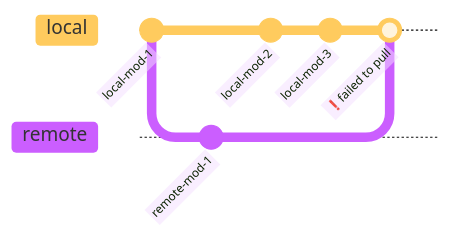
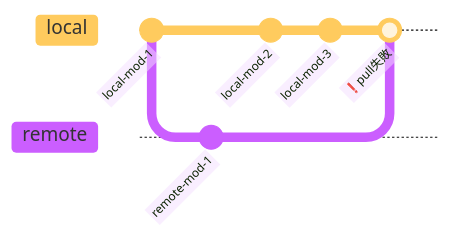
The second of 3 diagrams in language/jp/posts-jp/2024-07-18-cannot-push-to-remote-branch/index.qmd (OhGoshGit/OhGoshGit.github.io), drawn with Mermaid before and after one commit. The commit also changed other lines of this file and 4 other files, not shown here.

````diff
--- a/language/jp/posts-jp/2024-07-18-cannot-push-to-remote-branch/index.qmd
+++ b/language/jp/posts-jp/2024-07-18-cannot-push-to-remote-branch/index.qmd
@@ -57,14 +55,14 @@
 ```{mermaid}
-%%| fig-cap: Fig 2. You cannot pull the remote either
+%%| fig-cap: 図2. リモートのpullもできない
 %%{init: { 'logLevel': 'debug', 'theme': 'base', 
             'gitGraph': {'rotateCommitLabel': true,
                          'mainBranchName': 'local'}}}%%
     gitGraph
        commit id: "local-mod-1"
        branch remote
        commit id: "remote-mod-1"
        checkout local
        commit id: "local-mod-2"
        commit id: "local-mod-3"
-       merge remote id:"❗️failed to pull"
+       merge remote id:"❗️pull失敗"
 ```
````
